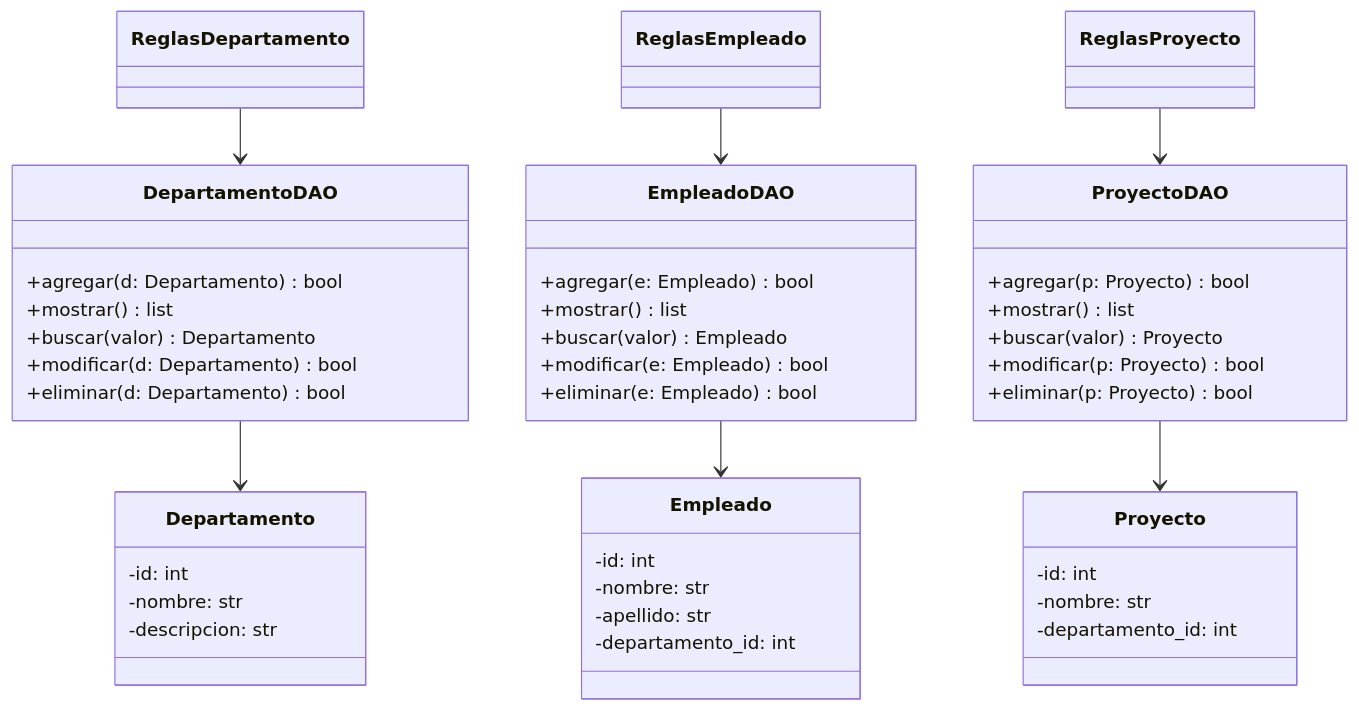
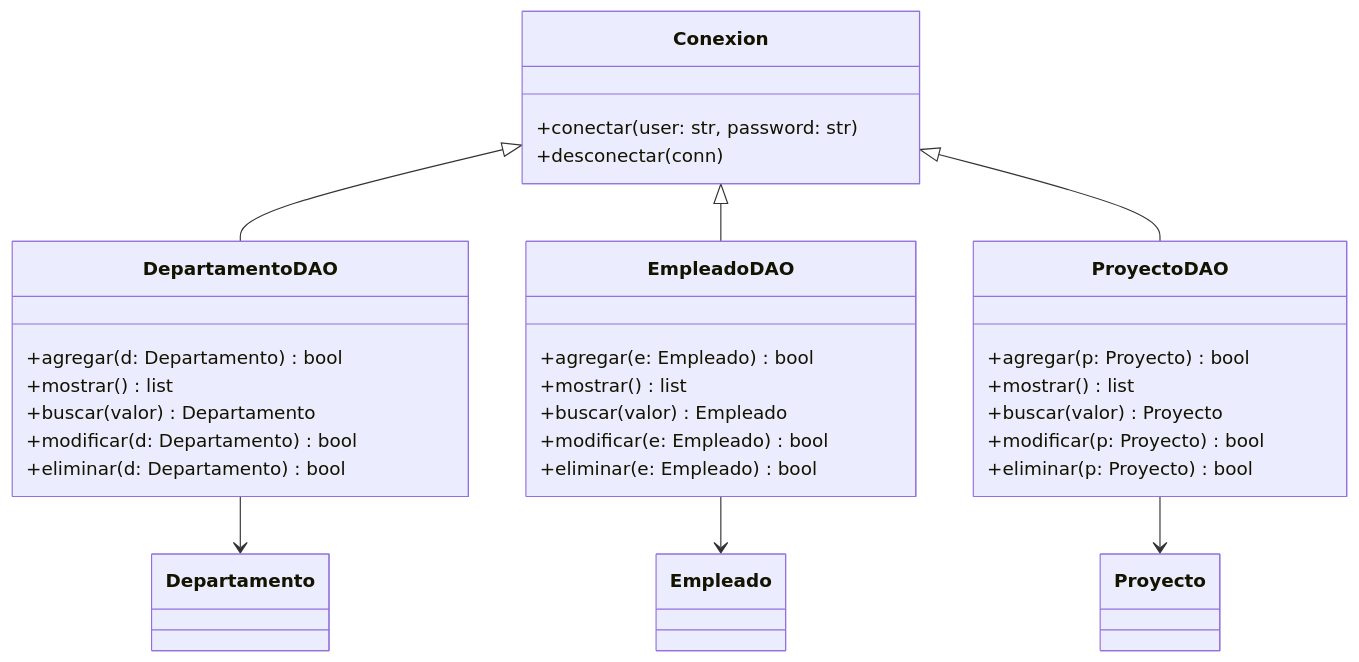
One commit to mc-herrera-90/gestion-empleados-por-capas changed the fourth of 4 diagrams in readme.md. Above: the diagram before and after it, drawn with Mermaid. The commit also changed other lines of this file, not shown here.

````diff
--- a/readme.md
+++ b/readme.md
@@ -145,57 +177,39 @@
 ```mermaid
 classDiagram
-    class Departamento {
-        -id: int
-        -nombre: str
-        -descripcion: str
-    }
-
-    class Empleado {
-        -id: int
-        -nombre: str
-        -apellido: str
-        -departamento_id: int
-    }
-
-    class Proyecto {
-        -id: int
-        -nombre: str
-        -departamento_id: int
-    }
-
     class DepartamentoDAO {
         +agregar(d: Departamento) bool
         +mostrar() list
         +buscar(valor) Departamento
         +modificar(d: Departamento) bool
         +eliminar(d: Departamento) bool
     }
 
     class EmpleadoDAO {
         +agregar(e: Empleado) bool
         +mostrar() list
         +buscar(valor) Empleado
         +modificar(e: Empleado) bool
         +eliminar(e: Empleado) bool
     }
 
     class ProyectoDAO {
         +agregar(p: Proyecto) bool
         +mostrar() list
         +buscar(valor) Proyecto
         +modificar(p: Proyecto) bool
         +eliminar(p: Proyecto) bool
     }
 
-    class ReglasDepartamento
-    class ReglasEmpleado
-    class ReglasProyecto
+    class Conexion {
+        +conectar(user: str, password: str)
+        +desconectar(conn)
+    }
+
+    Conexion <|-- DepartamentoDAO
+    Conexion <|-- EmpleadoDAO
+    Conexion <|-- ProyectoDAO
 
     DepartamentoDAO --> Departamento
     EmpleadoDAO --> Empleado
     ProyectoDAO --> Proyecto
-
-    ReglasDepartamento --> DepartamentoDAO
-    ReglasEmpleado --> EmpleadoDAO
-    ReglasProyecto --> ProyectoDAO
 ```
````
